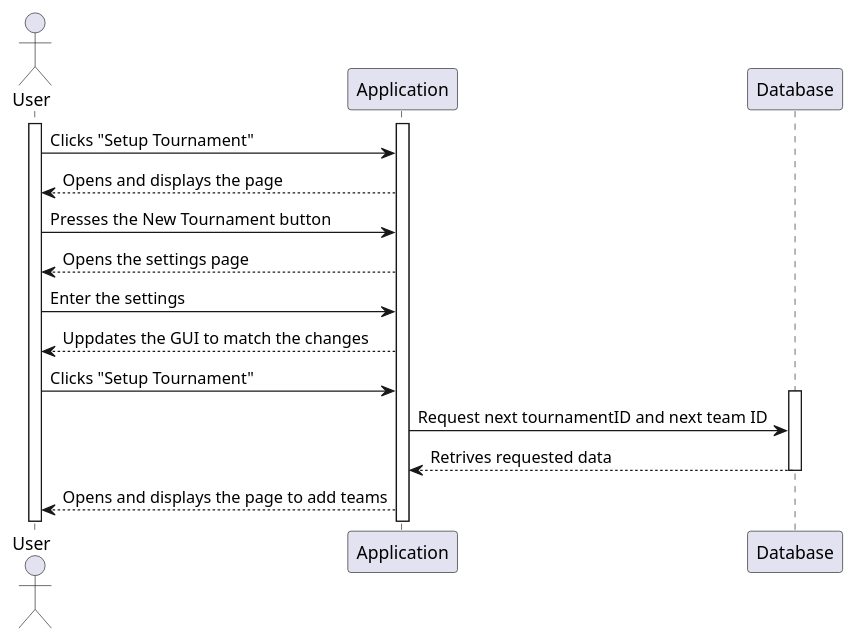
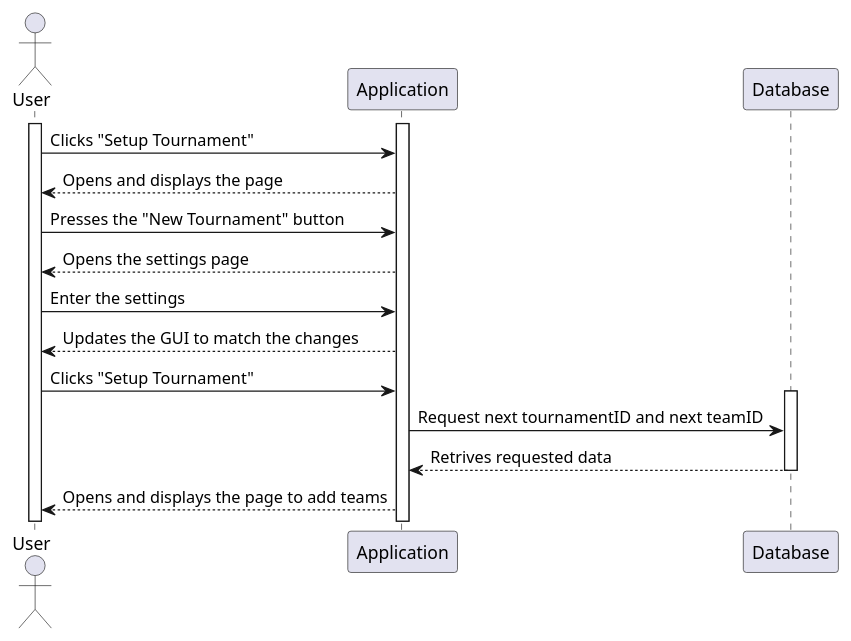
One commit to itzMesh/DCST1008-Prosjekt changed the diagram in ProjektUML/SequencediagramUserAppData/sequence_diagram_configureSettings.wsd. Above: the diagram before and after it, drawn with PlantUML. The commit also changed 15 other files, not shown here.

```diff
--- a/ProjektUML/SequencediagramUserAppData/sequence_diagram_configureSettings.wsd
+++ b/ProjektUML/SequencediagramUserAppData/sequence_diagram_configureSettings.wsd
@@ -1,25 +1,25 @@
 @startuml ConfigureSettings
 
 actor User as U
 participant Application as A
 participant Database as D
 
 activate U
 activate A
 
 U->A: Clicks "Setup Tournament"
 A-->U: Opens and displays the page
-U->A: Presses the New Tournament button
+U->A: Presses the "New Tournament" button
 A-->U: Opens the settings page
 U->A: Enter the settings
-A-->U: Uppdates the GUI to match the changes
+A-->U: Updates the GUI to match the changes
 U->A: Clicks "Setup Tournament"
 activate D
-A->D: Request next tournamentID and next team ID
+A->D: Request next tournamentID and next teamID
 D-->A:Retrives requested data
 deactivate D
 A-->U: Opens and displays the page to add teams
 
 
 
 @enduml
```
